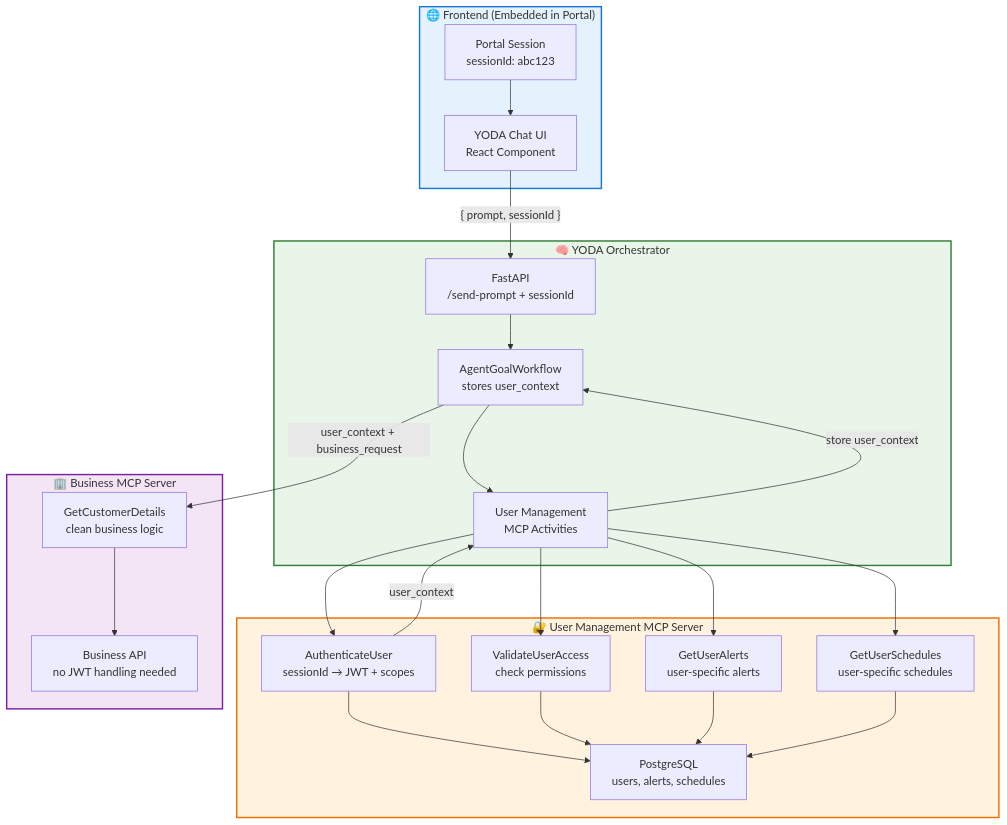
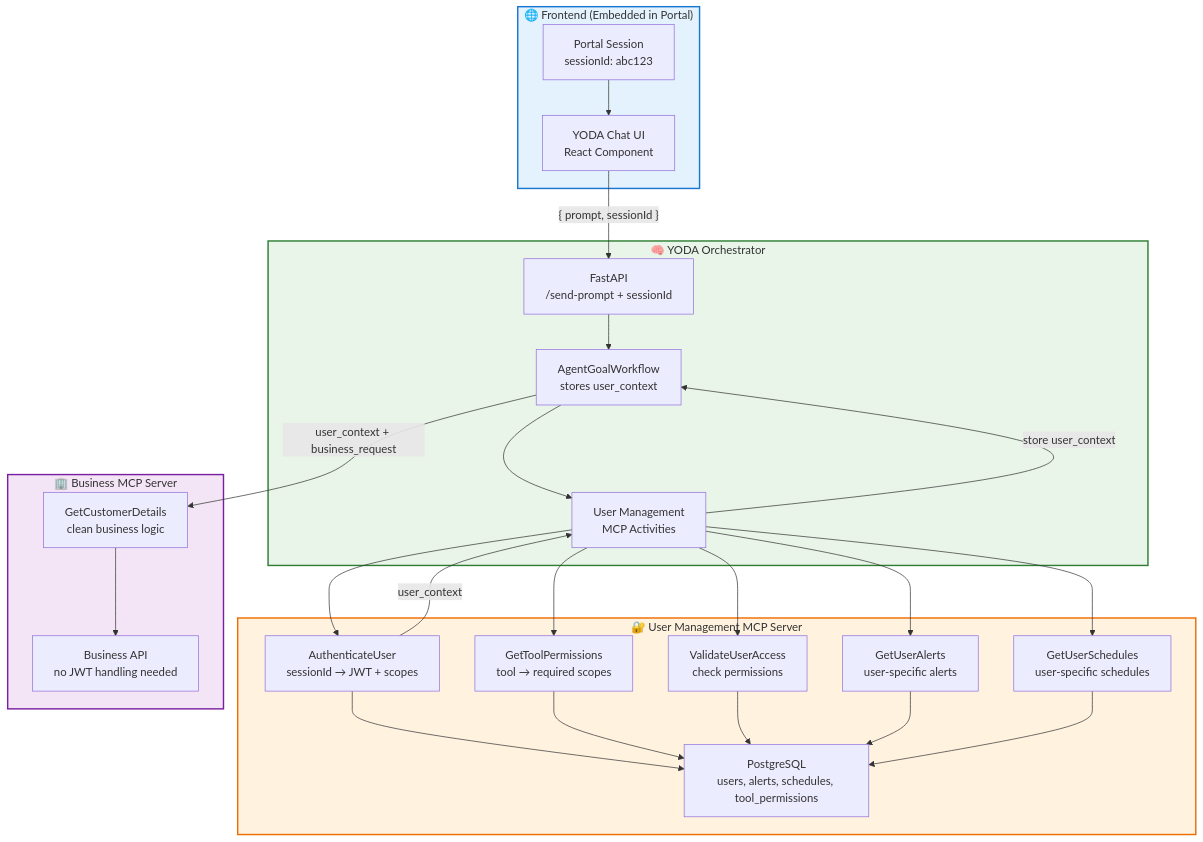
One commit to shin-hyuk/yoda changed the third of 3 diagrams in YODA_ARCHITECTURE.md. Above: the diagram before and after it, drawn with Mermaid. The commit also changed other lines of this file, not shown here.

````diff
--- a/YODA_ARCHITECTURE.md
+++ b/YODA_ARCHITECTURE.md
@@ -578,57 +238,60 @@
 ```mermaid
 graph TD
     subgraph Frontend ["🌐 Frontend (Embedded in Portal)"]
         PortalSession["Portal Session<br/>sessionId: abc123"]
         YodaUI["YODA Chat UI<br/>React Component"]
         PortalSession --> YodaUI
     end
     
     subgraph YODA ["🧠 YODA Orchestrator"]
         API["FastAPI<br/>/send-prompt + sessionId"]
         Workflow["AgentGoalWorkflow<br/>stores user_context"]
         UserMgmtActivity["User Management<br/>MCP Activities"]
         
         API --> Workflow
         Workflow --> UserMgmtActivity
     end
     
     subgraph UserMgmtMCP ["🔐 User Management MCP Server"]
         AuthTool["AuthenticateUser<br/>sessionId → JWT + scopes"]
+        PermissionTool["GetToolPermissions<br/>tool → required scopes"]
         AccessTool["ValidateUserAccess<br/>check permissions"]
         AlertsTool["GetUserAlerts<br/>user-specific alerts"]
         ScheduleTool["GetUserSchedules<br/>user-specific schedules"]
-        Database["PostgreSQL<br/>users, alerts, schedules"]
+        Database["PostgreSQL<br/>users, alerts, schedules, tool_permissions"]
         
         AuthTool --> Database
+        PermissionTool --> Database
         AccessTool --> Database
         AlertsTool --> Database
         ScheduleTool --> Database
     end
     
     subgraph BusinessMCP ["🏢 Business MCP Server"]
         CustomerTool["GetCustomerDetails<br/>clean business logic"]
         BusinessAPI["Business API<br/>no JWT handling needed"]
         
         CustomerTool --> BusinessAPI
     end
     
     %% Flow connections
     YodaUI -->|"{ prompt, sessionId }"| API
     UserMgmtActivity --> AuthTool
     AuthTool -->|"user_context"| UserMgmtActivity
     UserMgmtActivity -->|"store user_context"| Workflow
     Workflow -->|"user_context + business_request"| CustomerTool
+    UserMgmtActivity --> PermissionTool
     UserMgmtActivity --> AccessTool
     UserMgmtActivity --> AlertsTool
     UserMgmtActivity --> ScheduleTool
     
     classDef frontend fill:#e3f2fd,stroke:#1976d2,stroke-width:2px
     classDef yoda fill:#e8f5e8,stroke:#2e7d32,stroke-width:2px
     classDef userMgmt fill:#fff3e0,stroke:#ef6c00,stroke-width:2px
     classDef business fill:#f3e5f5,stroke:#7b1fa2,stroke-width:2px
     
     class Frontend frontend
     class YODA yoda
     class UserMgmtMCP userMgmt
     class BusinessMCP business
 ```
````
